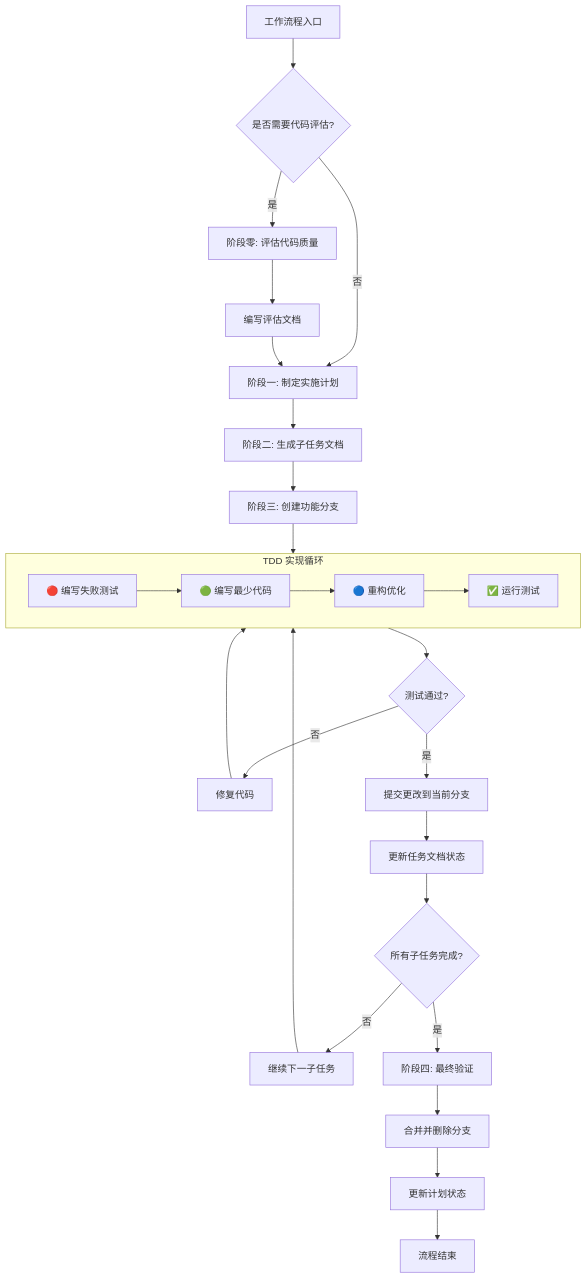
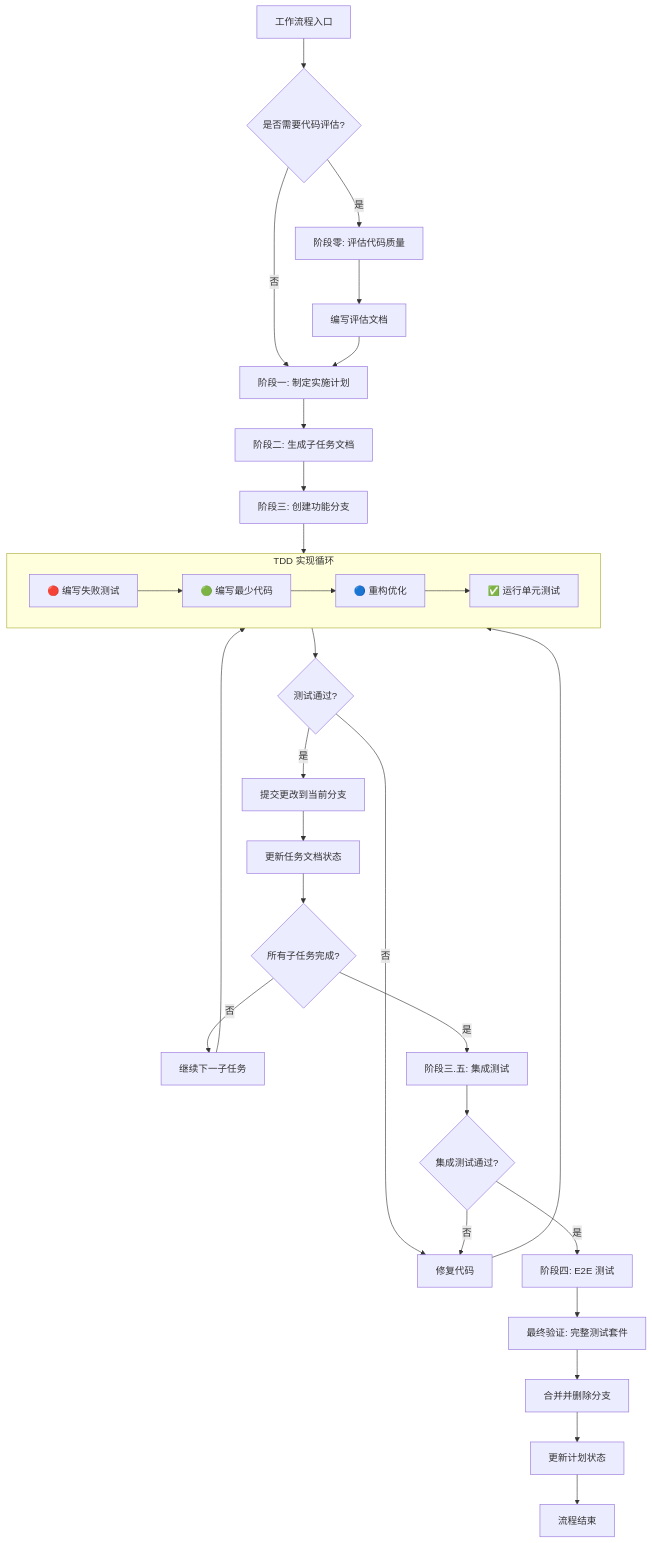
The diagram in docs/dev/zh/process/workflow.md (CodingRookie98/FaceFusionCpp), drawn with Mermaid before and after one commit. The commit also changed other lines of this file and 7 other files, not shown here.

````diff
--- a/docs/dev/zh/process/workflow.md
+++ b/docs/dev/zh/process/workflow.md
@@ -124,37 +134,41 @@
 ```mermaid
 graph TD
     Start[工作流程入口] --> IsEvaluationNeeded{是否需要代码评估?}
 
     IsEvaluationNeeded -->|是| EvalCode[阶段零: 评估代码质量]
     IsEvaluationNeeded -->|否| CreatePlan
 
     EvalCode --> WriteEvalDoc[编写评估文档]
     WriteEvalDoc --> CreatePlan
 
     CreatePlan[阶段一: 制定实施计划] --> GenTaskDocs[阶段二: 生成子任务文档]
     GenTaskDocs --> CreateBranch[阶段三: 创建功能分支]
 
     CreateBranch --> TDDCycle[TDD 循环]
 
     subgraph TDDCycle[TDD 实现循环]
         WriteTest["🔴 编写失败测试"] --> WriteCode["🟢 编写最少代码"]
         WriteCode --> Refactor["🔵 重构优化"]
-        Refactor --> RunTests["✅ 运行测试"]
+        Refactor --> RunTests["✅ 运行单元测试"]
     end
 
     TDDCycle --> TestPass{测试通过?}
     TestPass -->|否| FixCode[修复代码]
     FixCode --> TDDCycle
 
     TestPass -->|是| CommitGit[提交更改到当前分支]
     CommitGit --> UpdateTaskDoc[更新任务文档状态]
 
     UpdateTaskDoc --> AllTasksDone{所有子任务完成?}
     AllTasksDone -->|否| NextTask[继续下一子任务]
     NextTask --> TDDCycle
 
-    AllTasksDone -->|是| FinalTest[阶段四: 最终验证]
+    AllTasksDone -->|是| IntegrationTest[阶段三.五: 集成测试]
+    IntegrationTest --> IntegPass{集成测试通过?}
+    IntegPass -->|否| FixCode
+    IntegPass -->|是| E2ETest[阶段四: E2E 测试]
+    E2ETest --> FinalTest[最终验证: 完整测试套件]
     FinalTest --> MergeBranch[合并并删除分支]
     MergeBranch --> UpdatePlanStatus[更新计划状态]
     UpdatePlanStatus --> End[流程结束]
 ```
````
